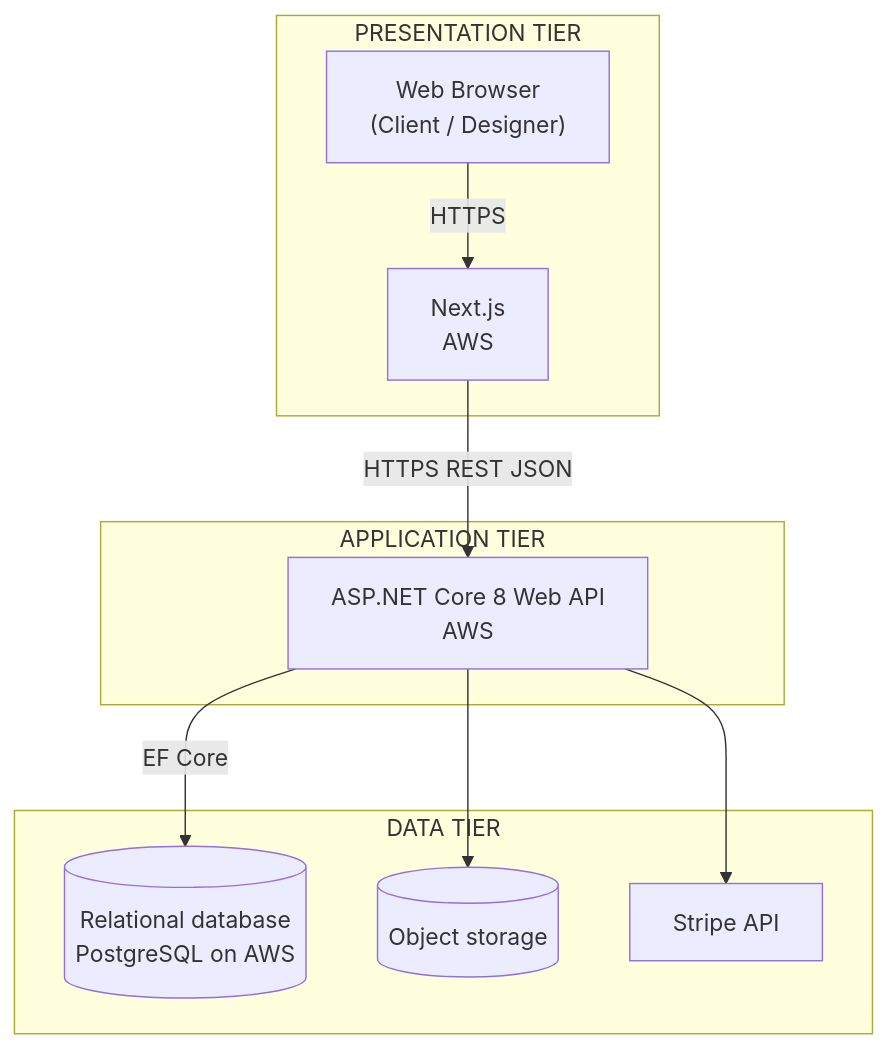
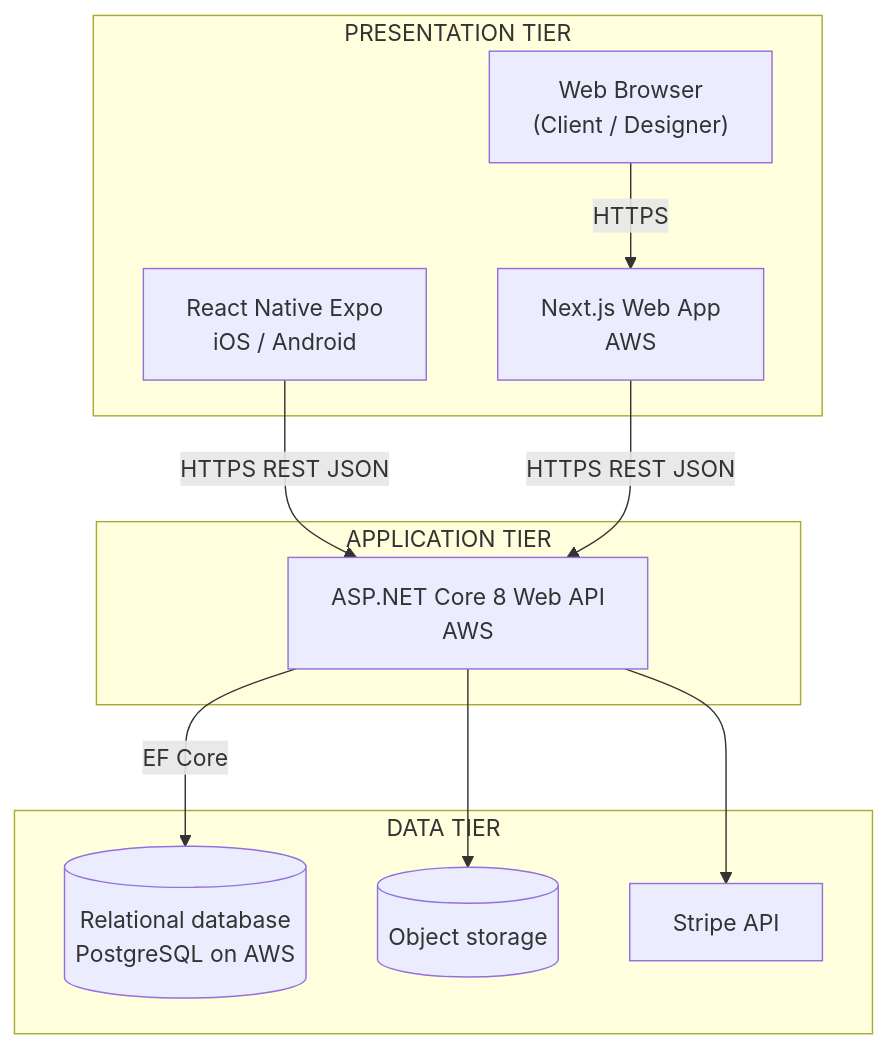
The first of 3 diagrams in docs/Proposal/diagrams/architecture-diagrams.md (MNSBaanu/Inside), drawn with Mermaid before and after one commit. The commit also changed other lines of this file and 10 other files, not shown here.

First line of the commit message:
docs(proposal): Expand proposal to include mobile application features and architecture

````diff
--- a/docs/Proposal/diagrams/architecture-diagrams.md
+++ b/docs/Proposal/diagrams/architecture-diagrams.md
@@ -16,20 +16,22 @@
 ```mermaid
 flowchart TB
     subgraph presentation ["PRESENTATION TIER"]
         Browser["Web Browser\n(Client / Designer)"]
-        NextJS["Next.js\nAWS"]
+        NextJS["Next.js Web App\nAWS"]
+        Mobile["React Native Expo\niOS / Android"]
     end
     subgraph application ["APPLICATION TIER"]
         API["ASP.NET Core 8 Web API\nAWS"]
     end
     subgraph data ["DATA TIER"]
         RDS[("Relational database\nPostgreSQL on AWS")]
         S3[("Object storage")]
         Stripe["Stripe API"]
     end
     Browser -->|"HTTPS"| NextJS
+    Mobile -->|"HTTPS REST JSON"| API
     NextJS -->|"HTTPS REST JSON"| API
     API -->|"EF Core"| RDS
     API --> S3
     API --> Stripe
 ```
````
